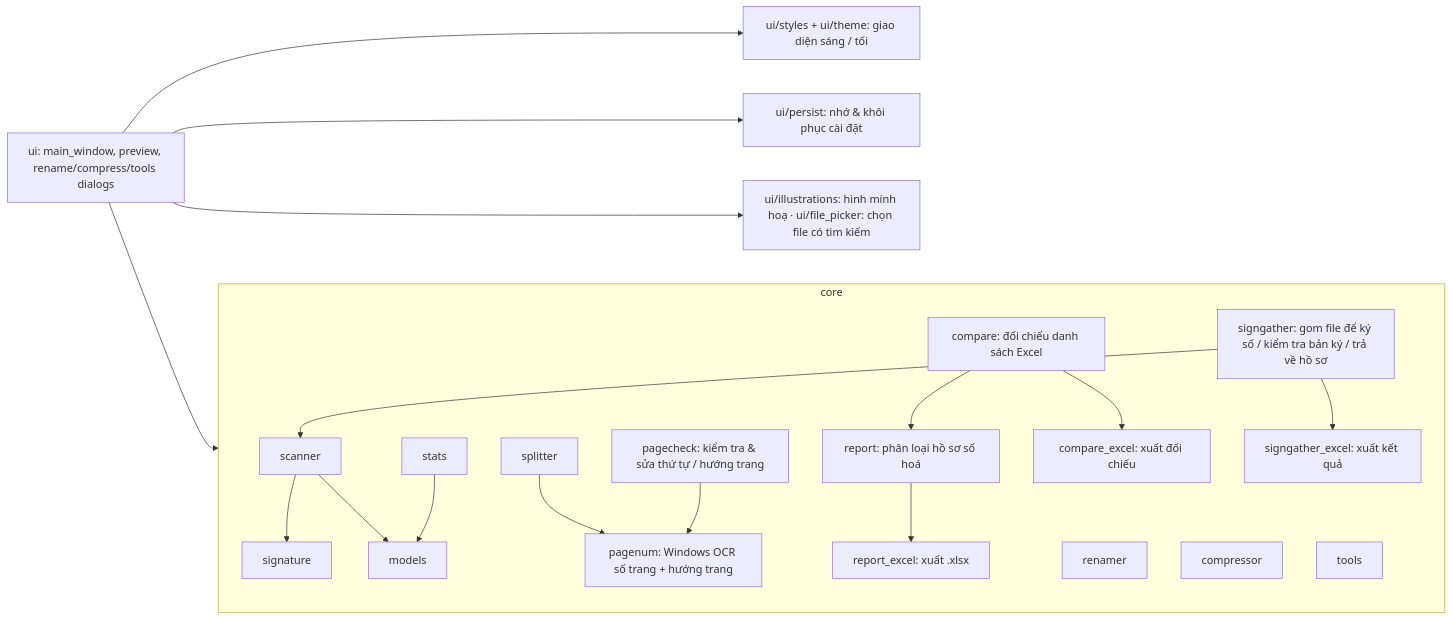
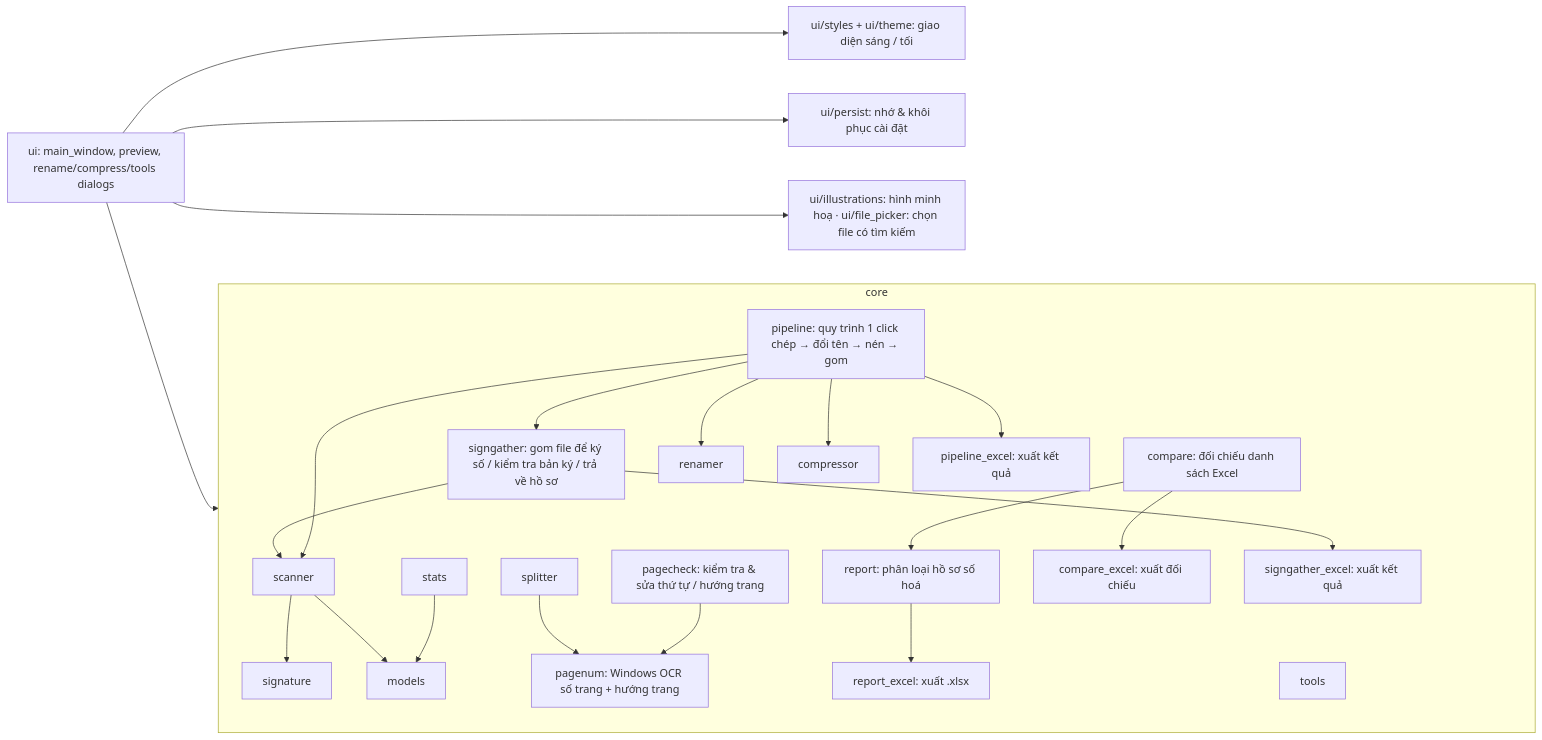
Before and after one commit to phamcongdanh98/pdf-read-pro: the diagram in README.md, drawn with Mermaid. The commit also changed other lines of this file and 27 other files, not shown here.

````diff
--- a/README.md
+++ b/README.md
@@ -162,22 +187,27 @@
 ```mermaid
 flowchart LR
     UI[ui: main_window, preview, rename/compress/tools dialogs] --> Core
     UI --> Theme[ui/styles + ui/theme: giao diện sáng / tối]
     UI --> Persist[ui/persist: nhớ & khôi phục cài đặt]
     UI --> Pics[ui/illustrations: hình minh hoạ · ui/file_picker: chọn file có tìm kiếm]
     subgraph Core[core]
       scanner --> signature
       scanner --> models
       stats --> models
       renamer
       compressor
       tools
       splitter --> pagenum[pagenum: Windows OCR số trang + hướng trang]
       pagecheck[pagecheck: kiểm tra & sửa thứ tự / hướng trang] --> pagenum
       report[report: phân loại hồ sơ số hoá] --> report_excel[report_excel: xuất .xlsx]
       compare[compare: đối chiếu danh sách Excel] --> report
       compare --> compare_excel[compare_excel: xuất đối chiếu]
       signgather[signgather: gom file để ký số / kiểm tra bản ký / trả về hồ sơ] --> scanner
       signgather --> signgather_excel[signgather_excel: xuất kết quả]
+      pipeline[pipeline: quy trình 1 click chép → đổi tên → nén → gom] --> renamer
+      pipeline --> compressor
+      pipeline --> signgather
+      pipeline --> scanner
+      pipeline --> pipeline_excel[pipeline_excel: xuất kết quả]
     end
 ```
````
